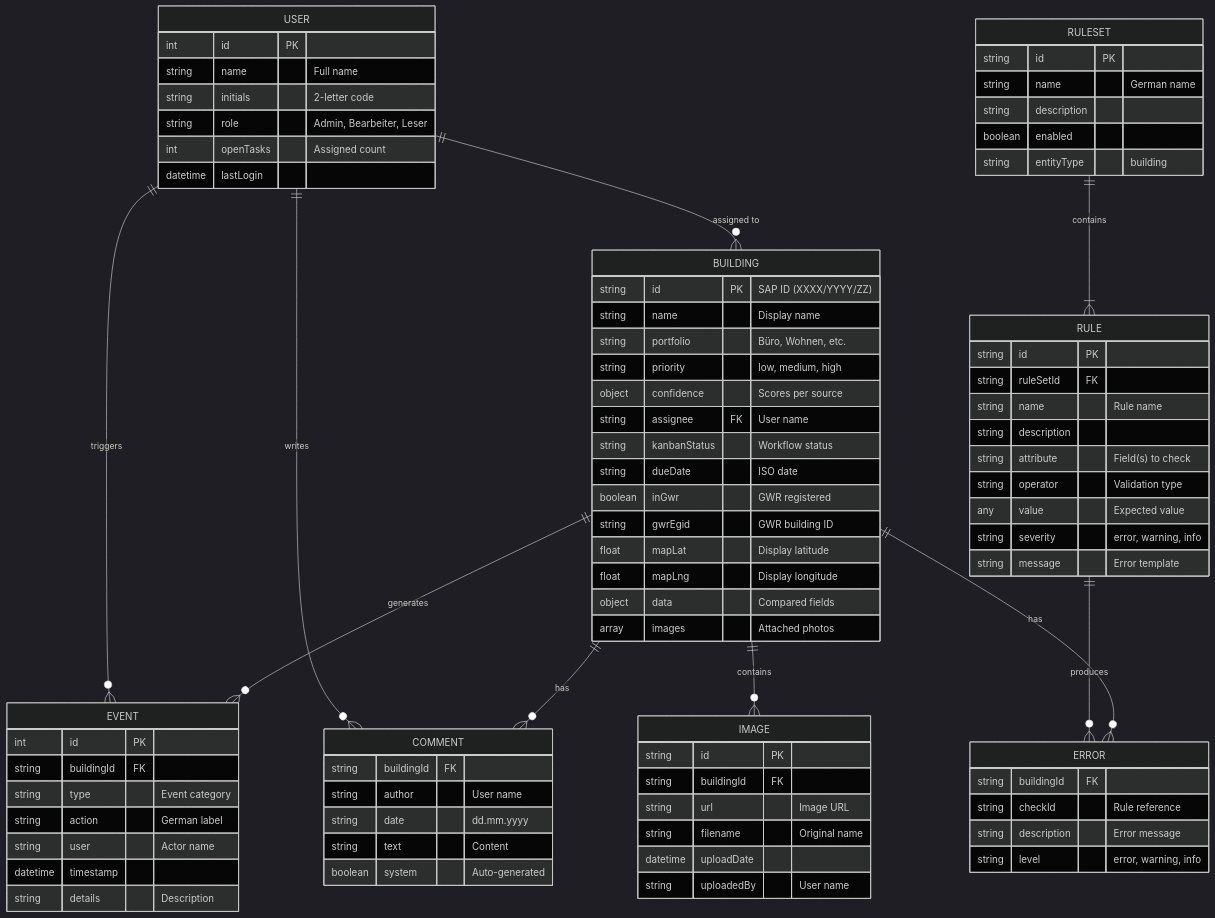
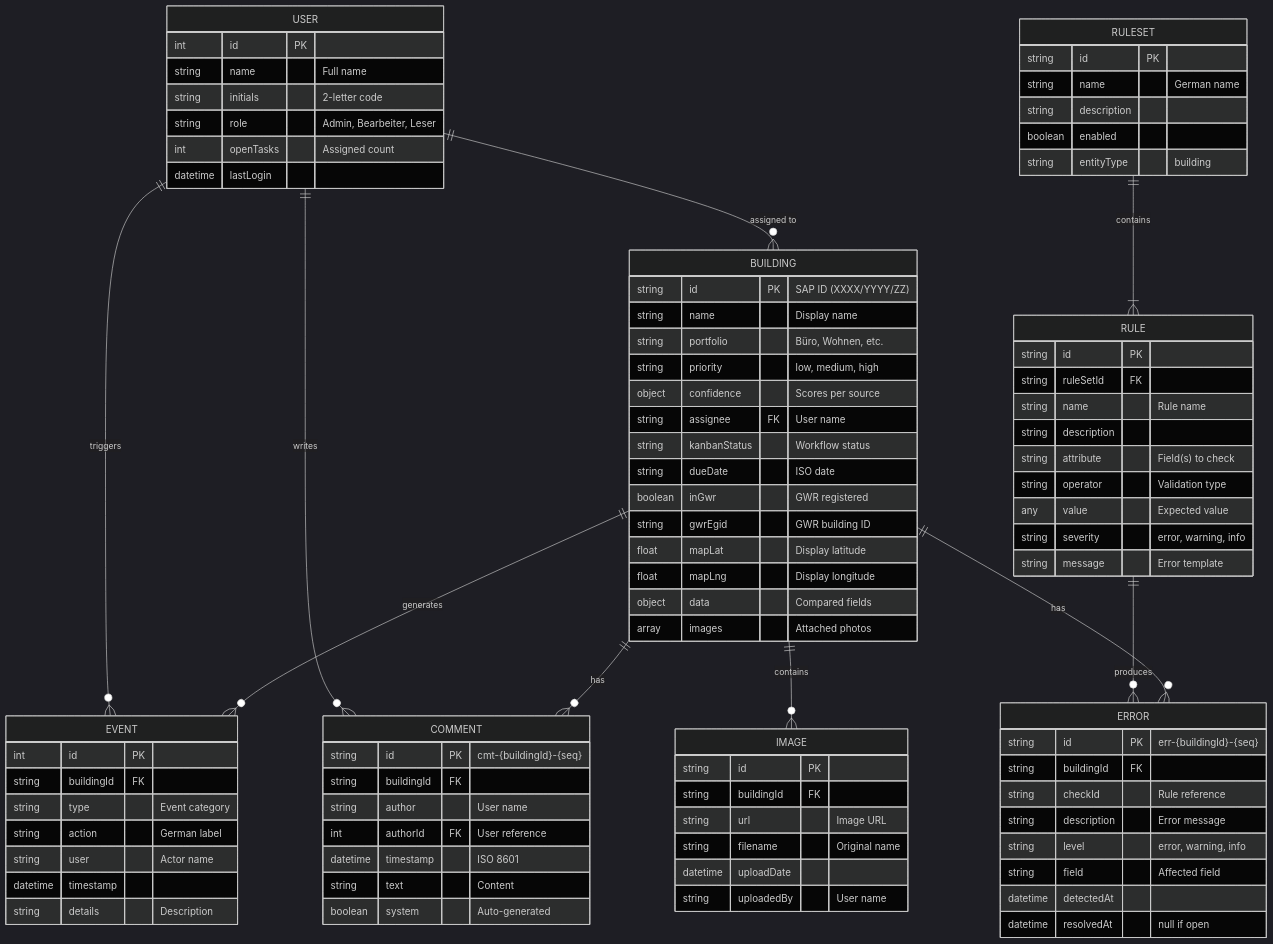
Before and after one commit to bbl-dres/geo-check: the second of 3 diagrams in docs/DATABASE.md, drawn with Mermaid (dark theme). The commit also changed other lines of this file and 1 other file, not shown here.

```diff
--- a/docs/DATABASE.md
+++ b/docs/DATABASE.md
@@ -115,18 +115,24 @@
     }
 
     COMMENT {
+        string id PK "cmt-{buildingId}-{seq}"
         string buildingId FK
         string author "User name"
-        string date "dd.mm.yyyy"
+        int authorId FK "User reference"
+        datetime timestamp "ISO 8601"
         string text "Content"
         boolean system "Auto-generated"
     }
 
     ERROR {
+        string id PK "err-{buildingId}-{seq}"
         string buildingId FK
         string checkId "Rule reference"
         string description "Error message"
         string level "error, warning, info"
+        string field "Affected field"
+        datetime detectedAt
+        datetime resolvedAt "null if open"
     }
 
     IMAGE {
```
